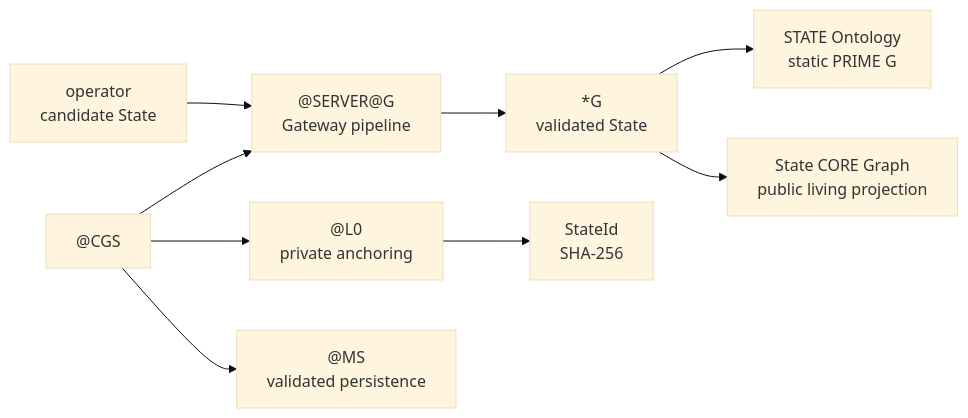
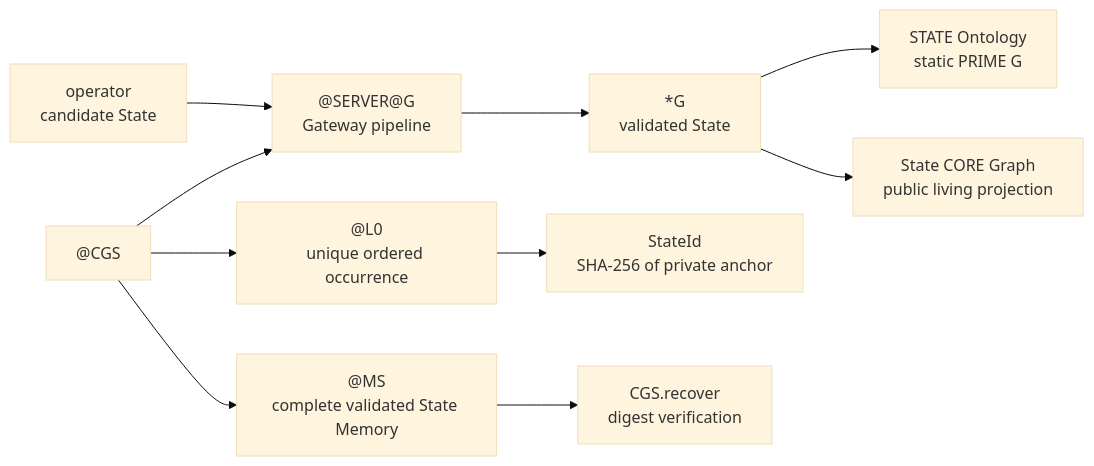
The diagram in @CGS.GRAPH.md (flipoyo/ComplexGitSync), drawn with Mermaid (base theme) before and after one commit. The commit also changed other lines of this file and 26 other files, not shown here.

Commit message:
anchoring the modifs on time not integer. hash(@) Memory retrival is now possible

````diff
--- a/@CGS.GRAPH.md
+++ b/@CGS.GRAPH.md
@@ -7,11 +7,12 @@
 ```mermaid
 flowchart LR
     OPERATOR["operator<br/>candidate State"] --> SERVER["@SERVER@G<br/>Gateway pipeline"]
     SERVER --> LIVING["*G<br/>validated State"]
     CGS["@CGS"] --> SERVER
-    CGS --> L0["@L0<br/>private anchoring"]
-    L0 --> ID["StateId<br/>SHA-256"]
-    CGS --> MS["@MS<br/>validated persistence"]
+    CGS --> L0["@L0<br/>unique ordered occurrence"]
+    L0 --> ID["StateId<br/>SHA-256 of private anchor"]
+    CGS --> MS["@MS<br/>complete validated State Memory"]
+    MS --> RECOVER["CGS.recover<br/>digest verification"]
     LIVING --> ONTOLOGY["STATE Ontology<br/>static PRIME G"]
     LIVING --> CORE["State CORE Graph<br/>public living projection"]
 ```
````
